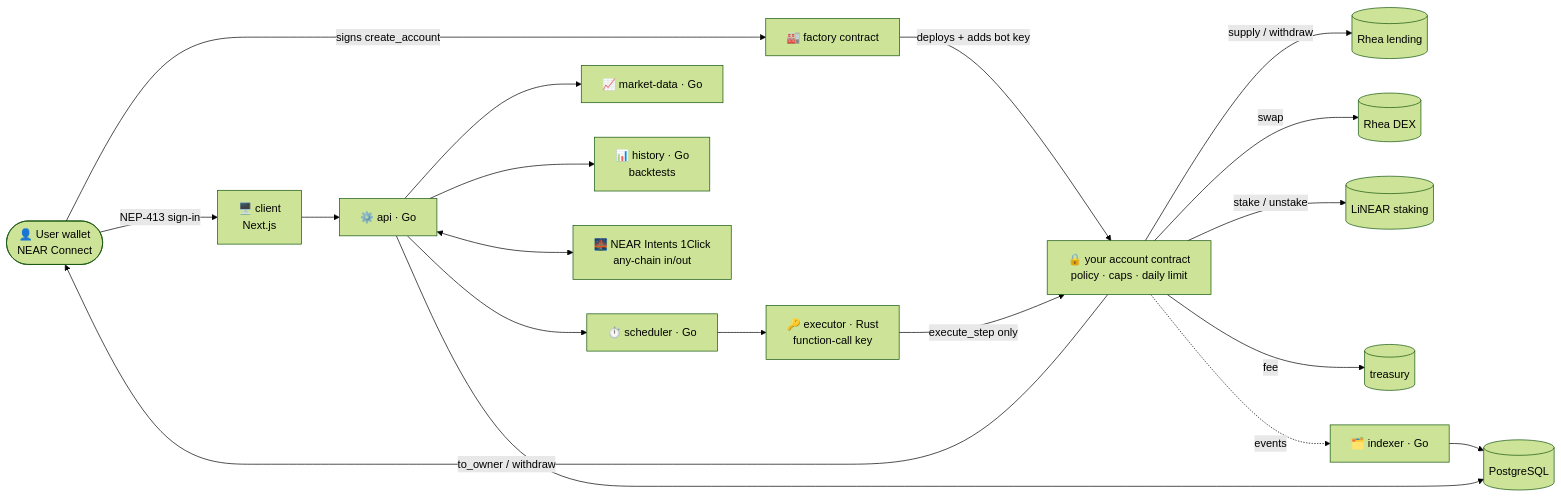
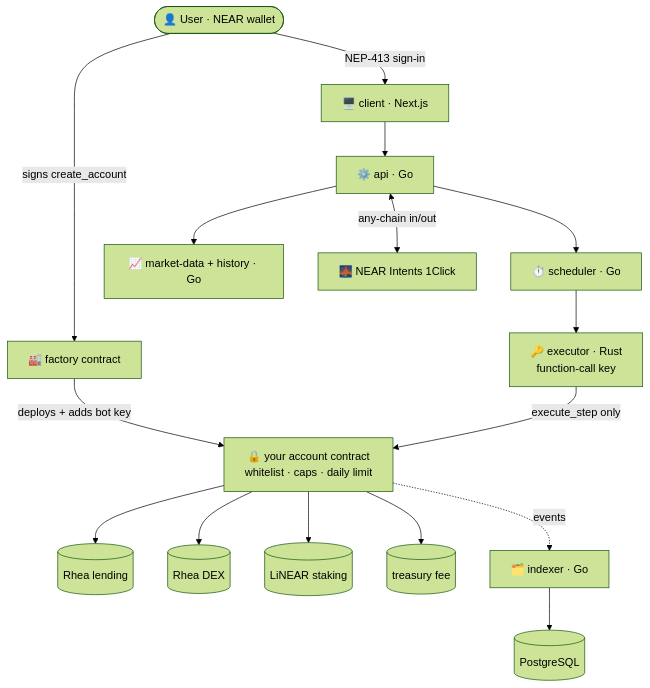
Before and after one commit to Debanjannnn/nearly: the diagram in README.md, drawn with Mermaid (forest theme). The commit also changed other lines of this file, not shown here.

Commit message:
docs: arch diagram top-down, fits width

````diff
--- a/README.md
+++ b/README.md
@@ -72,20 +72,19 @@
 ```mermaid
-flowchart LR
-  U([👤 User wallet<br/>NEAR Connect]) -->|NEP-413 sign-in| C[🖥️ client<br/>Next.js]
+flowchart TD
+  U([👤 User · NEAR wallet])
+  U -->|NEP-413 sign-in| C[🖥️ client · Next.js]
+  U -->|signs create_account| F[🏭 factory contract]
   C --> API[⚙️ api · Go]
   API --> S[⏱️ scheduler · Go]
+  API --> M[📈 market-data + history · Go]
+  API <-->|any-chain in/out| I[🌉 NEAR Intents 1Click]
   S --> X[🔑 executor · Rust<br/>function-call key]
-  API --> MD[📈 market-data · Go]
-  API --> H[📊 history · Go<br/>backtests]
-  API <--> I[🌉 NEAR Intents 1Click<br/>any-chain in/out]
-  U -->|signs create_account| F[🏭 factory contract]
-  F -->|deploys + adds bot key| A[🔒 your account contract<br/>policy · caps · daily limit]
+  F -->|deploys + adds bot key| A[🔒 your account contract<br/>whitelist · caps · daily limit]
   X -->|execute_step only| A
-  A -->|supply / withdraw| L[(Rhea lending)]
-  A -->|swap| D[(Rhea DEX)]
-  A -->|stake / unstake| ST[(LiNEAR staking)]
-  A -->|fee| T[(treasury)]
-  A -->|to_owner / withdraw| U
-  A -. events .-> IX[🗂️ indexer · Go] --> DB[(PostgreSQL)]
-  API --> DB
+  A --> L[(Rhea lending)]
+  A --> D[(Rhea DEX)]
+  A --> ST[(LiNEAR staking)]
+  A --> T[(treasury fee)]
+  A -.->|events| IX[🗂️ indexer · Go]
+  IX --> DB[(PostgreSQL)]
 ```
````
